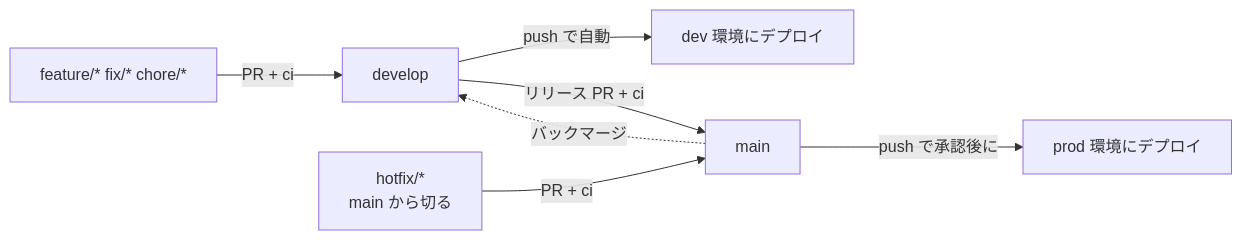
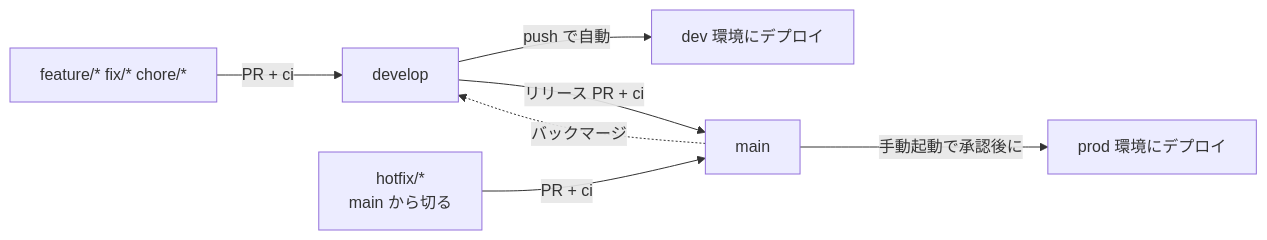
The diagram in docs/operations/01-operations.md (kotonara-tech/kototech-line-notification), drawn with Mermaid before and after one commit. The commit also changed other lines of this file and 7 other files, not shown here.

````diff
--- a/docs/operations/01-operations.md
+++ b/docs/operations/01-operations.md
@@ -33,9 +33,9 @@
 ```mermaid
 flowchart LR
     F[feature/* fix/* chore/*] -->|PR + ci| D[develop]
     D -->|push で自動| Dev[dev 環境にデプロイ]
     D -->|リリース PR + ci| M[main]
-    M -->|push で承認後に| Prod[prod 環境にデプロイ]
+    M -->|手動起動で承認後に| Prod[prod 環境にデプロイ]
     H[hotfix/*<br/>main から切る] -->|PR + ci| M
     M -.->|バックマージ| D
 ```
````
